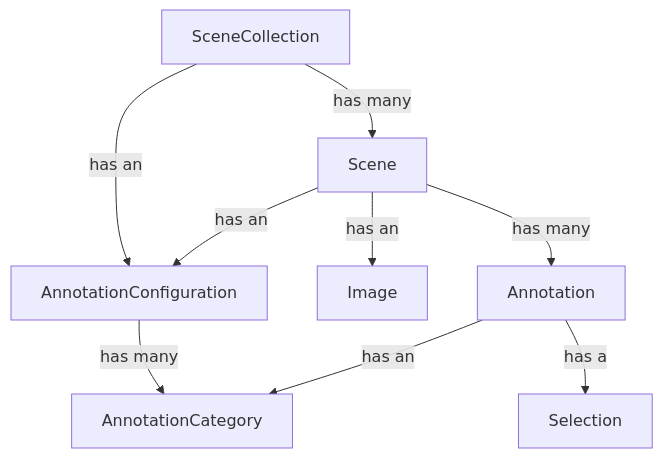
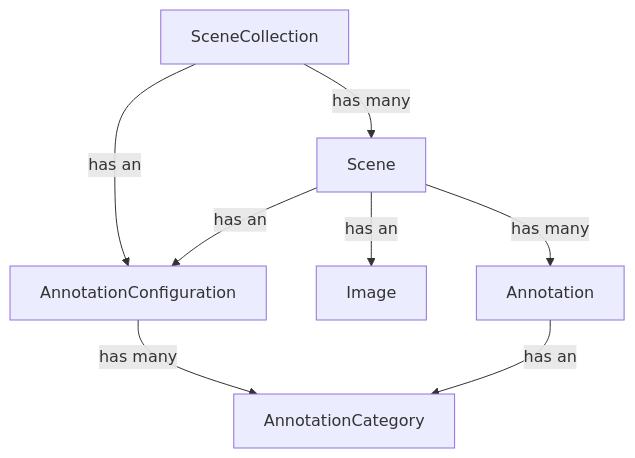
One commit to faustomorales/mira changed the diagram in docs/core/index.rst. Above: the diagram before and after it, drawn with Mermaid. The commit also changed other lines of this file and 12 other files, not shown here.

```diff
--- a/docs/core/index.rst
+++ b/docs/core/index.rst
@@ -17,11 +16,10 @@
 .. mermaid::
 
     graph TD
         SC[SceneCollection] --> |has many| S[Scene]
         SC --> |has an| ACF[AnnotationConfiguration]
         S --> |has an| ACF
         S --> |has an| IM[Image]
         S --> |has many| A[Annotation]
         ACF --> |has many| AC[AnnotationCategory]
         A --> |has an| AC
-        A --> |has a| SEL[Selection]
```
